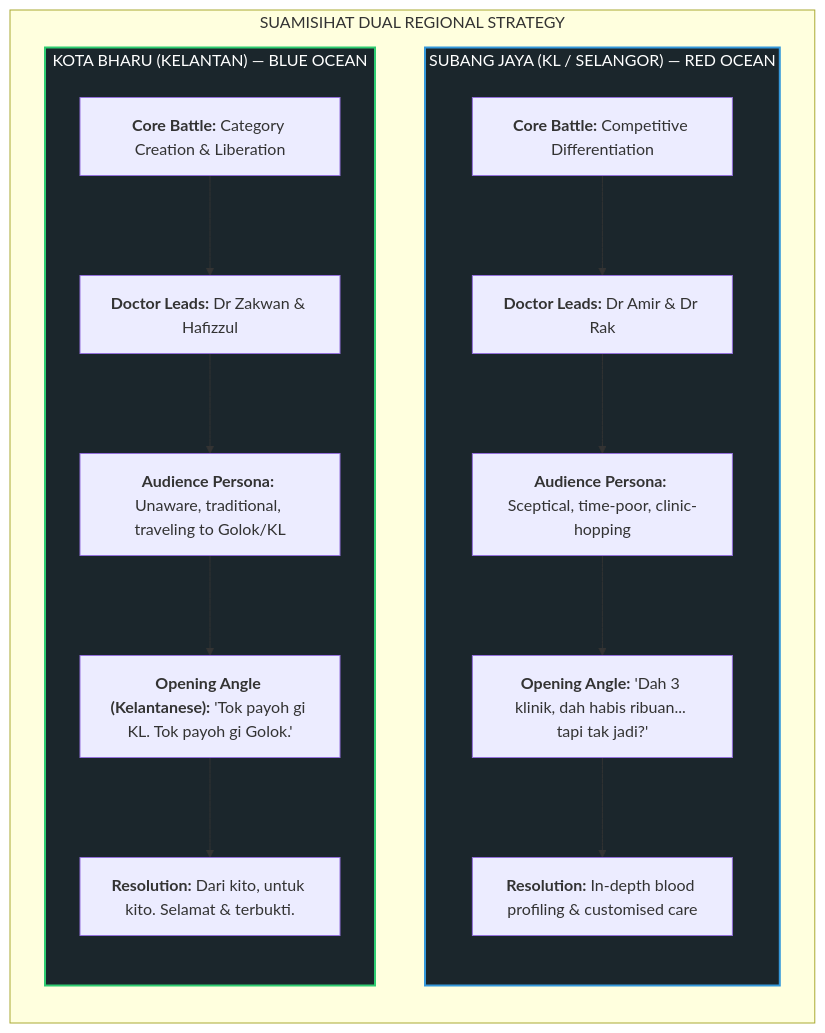
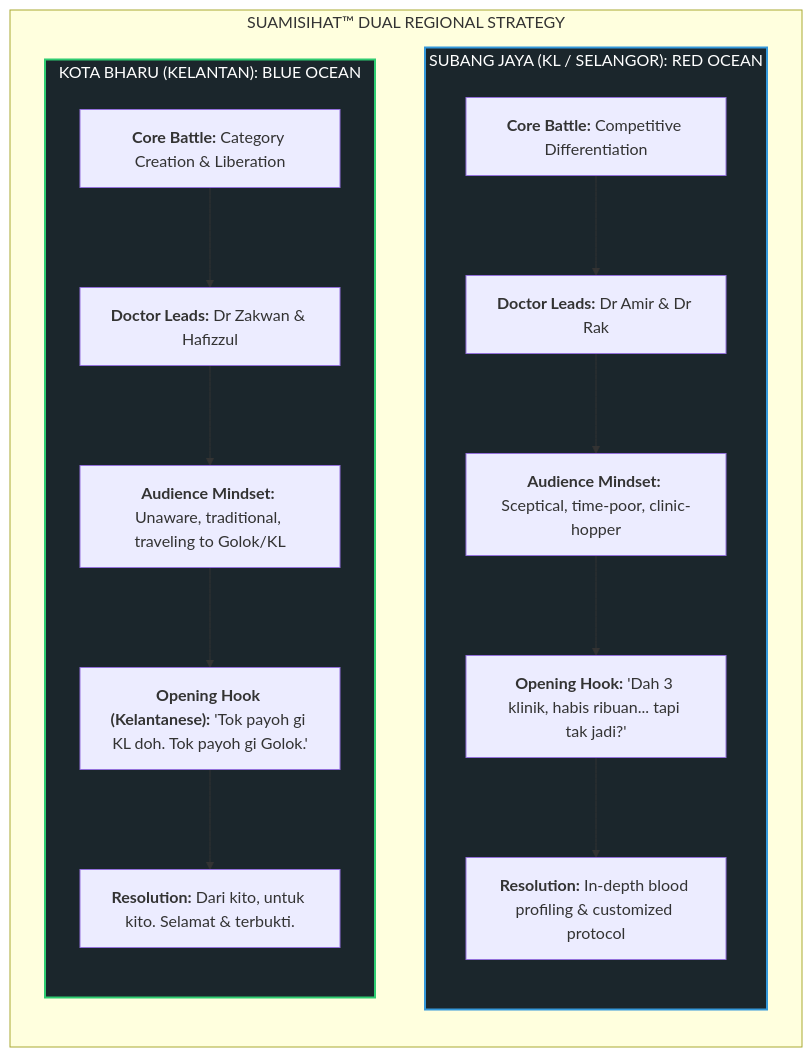
The fourth of 5 diagrams in content/clinic-positioning.md (SuamiSihat/SS-Design-System), drawn with Mermaid before and after one commit. The commit also changed other lines of this file and 38 other files, not shown here.

Commit message:
feat(docs): upgrade clinic positioning to designer and editor master playbook

````diff
--- a/content/clinic-positioning.md
+++ b/content/clinic-positioning.md
@@ -295,29 +311,29 @@
 ```mermaid
 flowchart LR
-    subgraph DUAL_PLAYBOOK ["SUAMISIHAT DUAL REGIONAL STRATEGY"]
+    subgraph DUAL_PLAYBOOK ["SUAMISIHAT™ DUAL REGIONAL STRATEGY"]
         direction TB
 
-        subgraph SJ_TRACK ["SUBANG JAYA (KL / SELANGOR) — RED OCEAN"]
+        subgraph SJ_TRACK ["SUBANG JAYA (KL / SELANGOR): RED OCEAN"]
             direction TB
             SJ1["<b>Core Battle:</b> Competitive Differentiation"]
             SJ2["<b>Doctor Leads:</b> Dr Amir & Dr Rak"]
-            SJ3["<b>Audience Persona:</b> Sceptical, time-poor, clinic-hopping"]
-            SJ4["<b>Opening Angle:</b> 'Dah 3 klinik, dah habis ribuan... tapi tak jadi?'"]
-            SJ5["<b>Resolution:</b> In-depth blood profiling & customised care"]
+            SJ3["<b>Audience Mindset:</b> Sceptical, time-poor, clinic-hopper"]
+            SJ4["<b>Opening Hook:</b> 'Dah 3 klinik, habis ribuan... tapi tak jadi?'"]
+            SJ5["<b>Resolution:</b> In-depth blood profiling & customized protocol"]
             SJ1 --> SJ2 --> SJ3 --> SJ4 --> SJ5
         end
 
-        subgraph KB_TRACK ["KOTA BHARU (KELANTAN) — BLUE OCEAN"]
+        subgraph KB_TRACK ["KOTA BHARU (KELANTAN): BLUE OCEAN"]
             direction TB
             KB1["<b>Core Battle:</b> Category Creation & Liberation"]
             KB2["<b>Doctor Leads:</b> Dr Zakwan & Hafizzul"]
-            KB3["<b>Audience Persona:</b> Unaware, traditional, traveling to Golok/KL"]
-            KB4["<b>Opening Angle (Kelantanese):</b> 'Tok payoh gi KL. Tok payoh gi Golok.'"]
+            KB3["<b>Audience Mindset:</b> Unaware, traditional, traveling to Golok/KL"]
+            KB4["<b>Opening Hook (Kelantanese):</b> 'Tok payoh gi KL doh. Tok payoh gi Golok.'"]
             KB5["<b>Resolution:</b> Dari kito, untuk kito. Selamat & terbukti."]
             KB1 --> KB2 --> KB3 --> KB4 --> KB5
         end
     end
 
     style SJ_TRACK fill:#1b262c,stroke:#3498db,stroke-width:2px,color:#ffffff
     style KB_TRACK fill:#1b262c,stroke:#2ecc71,stroke-width:2px,color:#ffffff
 ```
````
